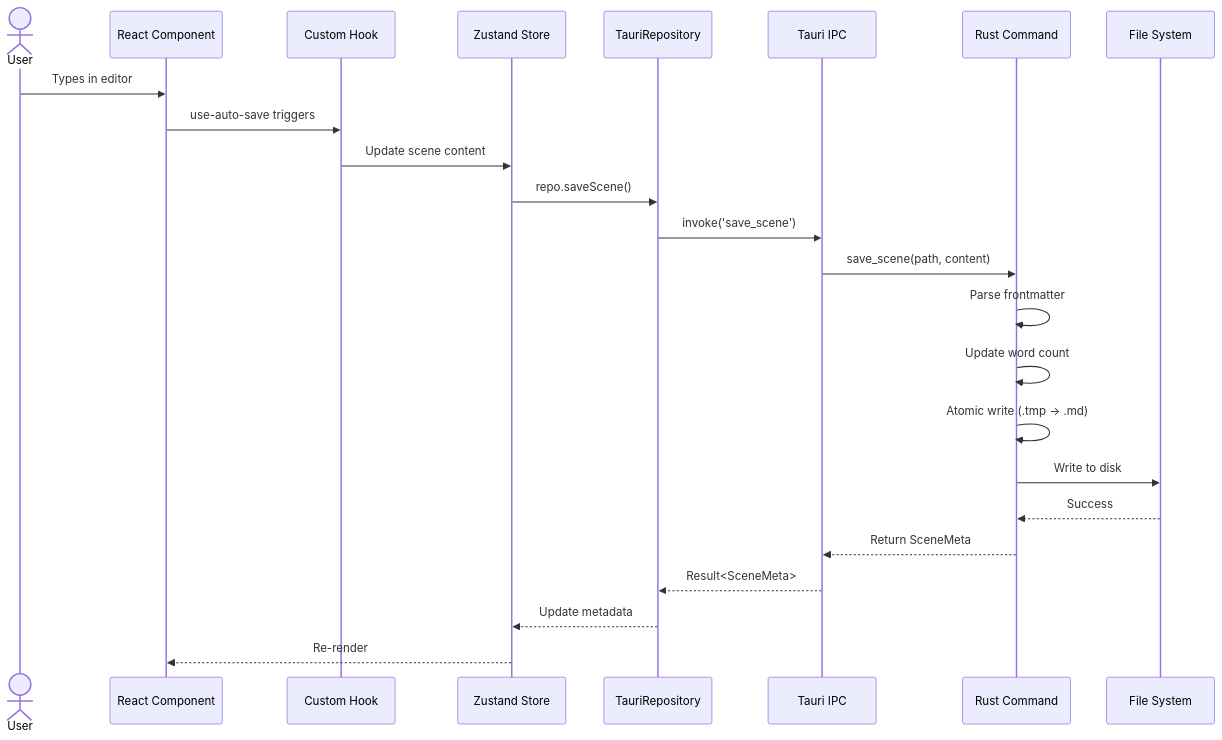
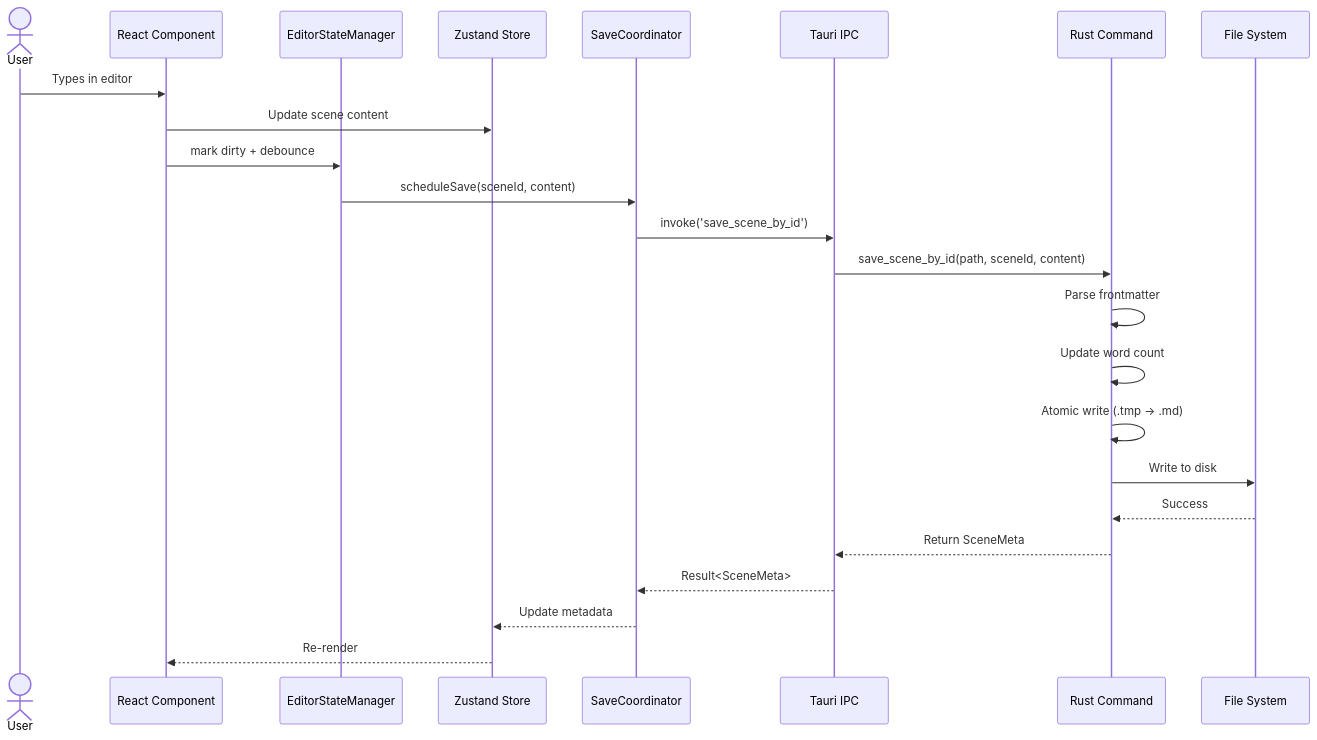
The second of 4 diagrams in docs/AI_CONTEXT.md (Sai-Roopesh/becomeAnAuthor), drawn with Mermaid before and after one commit. The commit also changed other lines of this file and 36 other files, not shown here.

````diff
--- a/docs/AI_CONTEXT.md
+++ b/docs/AI_CONTEXT.md
@@ -489,27 +491,27 @@
 ```mermaid
 sequenceDiagram
     actor User
     participant UI as React Component
-    participant Hook as Custom Hook
+    participant Save as EditorStateManager
     participant Store as Zustand Store
-    participant Repo as TauriRepository
+    participant Repo as SaveCoordinator
     participant IPC as Tauri IPC
     participant Cmd as Rust Command
     participant FS as File System
 
     User->>UI: Types in editor
-    UI->>Hook: use-auto-save triggers
-    Hook->>Store: Update scene content
-    Store->>Repo: repo.saveScene()
-    Repo->>IPC: invoke('save_scene')
-    IPC->>Cmd: save_scene(path, content)
+    UI->>Store: Update scene content
+    UI->>Save: mark dirty + debounce
+    Save->>Repo: scheduleSave(sceneId, content)
+    Repo->>IPC: invoke('save_scene_by_id')
+    IPC->>Cmd: save_scene_by_id(path, sceneId, content)
     Cmd->>Cmd: Parse frontmatter
     Cmd->>Cmd: Update word count
     Cmd->>Cmd: Atomic write (.tmp → .md)
     Cmd->>FS: Write to disk
     FS-->>Cmd: Success
     Cmd-->>IPC: Return SceneMeta
     IPC-->>Repo: Result<SceneMeta>
     Repo-->>Store: Update metadata
     Store-->>UI: Re-render
 ```
````
